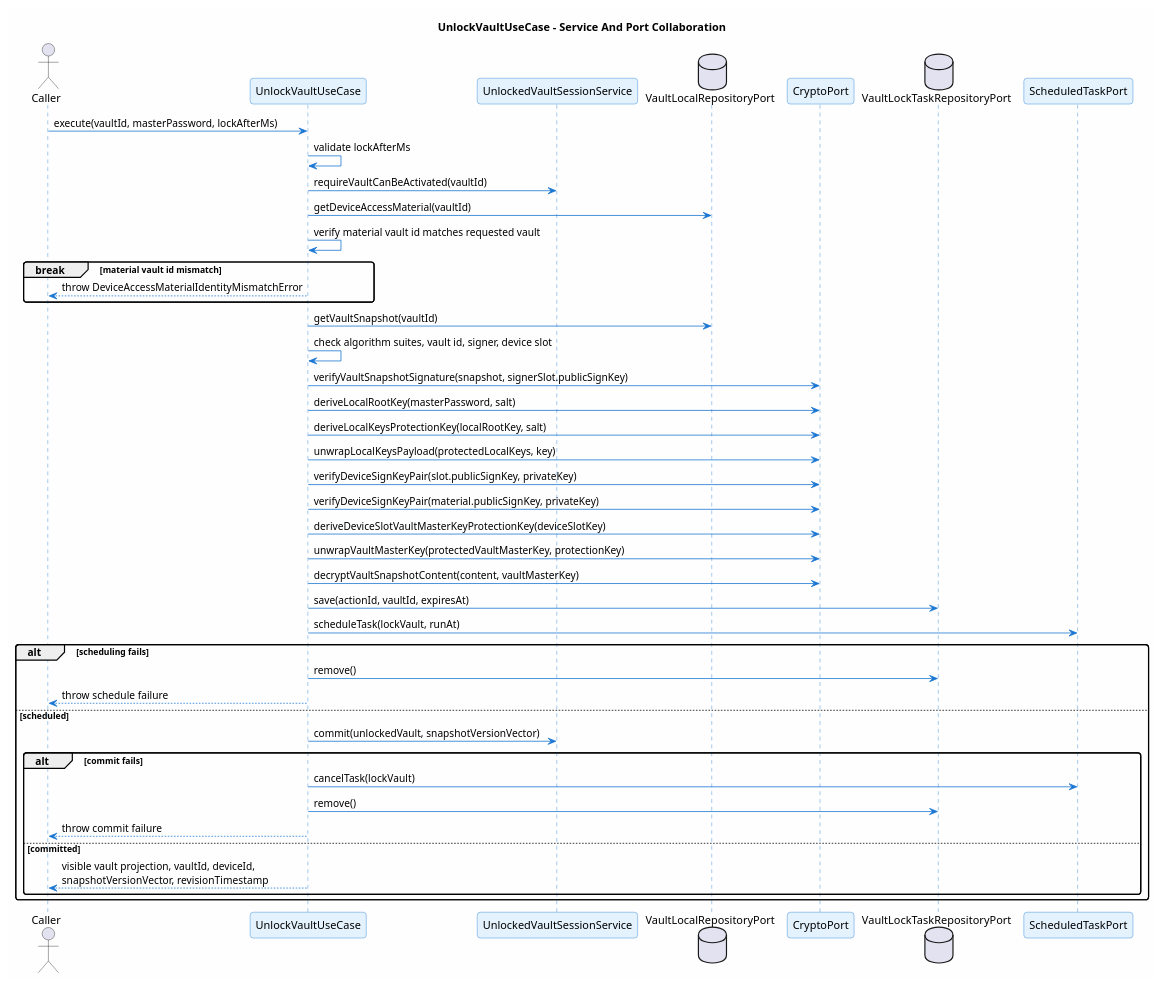
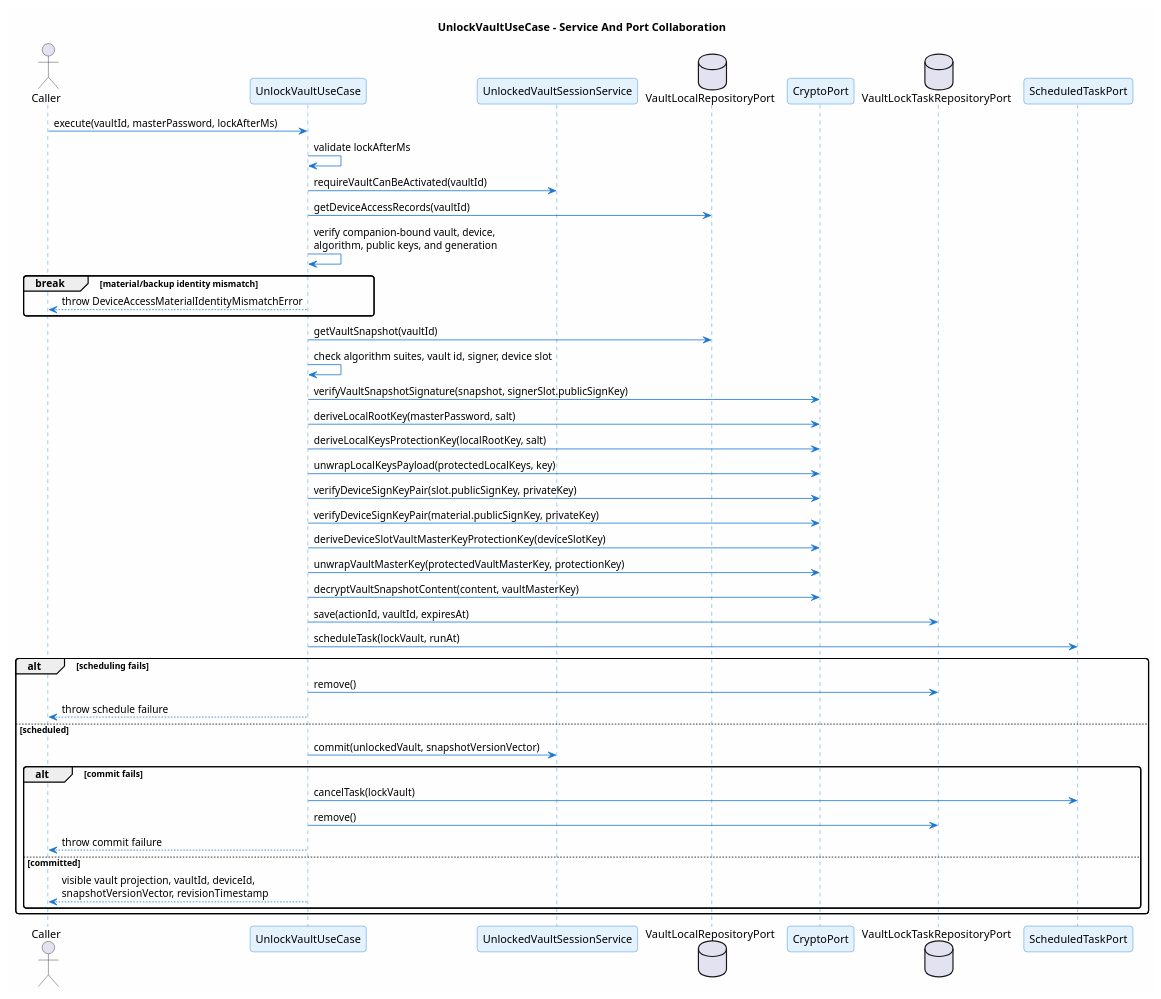
One commit to ArionStudio/engr-serverless-pm changed the diagram in docs/v1/use-case/vault-lifecycle/unlock-vault.sequence.puml. Above: the diagram before and after it, drawn with PlantUML. The commit also changed 25 other files, not shown here.

Commit message:
fix(core): bind device access records atomically

```diff
--- a/docs/v1/use-case/vault-lifecycle/unlock-vault.sequence.puml
+++ b/docs/v1/use-case/vault-lifecycle/unlock-vault.sequence.puml
@@ -1,57 +1,57 @@
 @startuml unlock-vault-sequence
 title UnlockVaultUseCase - Service And Port Collaboration
 
 skinparam backgroundColor #FEFEFE
 skinparam roundcorner 8
 skinparam shadowing false
 skinparam sequence {
   ArrowColor #1976D2
   LifeLineBorderColor #1976D2
   ParticipantBackgroundColor #E3F2FD
   ParticipantBorderColor #1976D2
 }
 
 actor Caller
 participant "UnlockVaultUseCase" as UC
 participant "UnlockedVaultSessionService" as Session
 database "VaultLocalRepositoryPort" as LocalRepo
 participant "CryptoPort" as Crypto
 database "VaultLockTaskRepositoryPort" as LockRepo
 participant "ScheduledTaskPort" as Tasks
 
 Caller -> UC : execute(vaultId, masterPassword, lockAfterMs)
 UC -> UC : validate lockAfterMs
 UC -> Session : requireVaultCanBeActivated(vaultId)
-UC -> LocalRepo : getDeviceAccessMaterial(vaultId)
-UC -> UC : verify material vault id matches requested vault
-break material vault id mismatch
+UC -> LocalRepo : getDeviceAccessRecords(vaultId)
+UC -> UC : verify companion-bound vault, device,\nalgorithm, public keys, and generation
+break material/backup identity mismatch
   UC --> Caller : throw DeviceAccessMaterialIdentityMismatchError
 end
 UC -> LocalRepo : getVaultSnapshot(vaultId)
 UC -> UC : check algorithm suites, vault id, signer, device slot
 UC -> Crypto : verifyVaultSnapshotSignature(snapshot, signerSlot.publicSignKey)
 UC -> Crypto : deriveLocalRootKey(masterPassword, salt)
 UC -> Crypto : deriveLocalKeysProtectionKey(localRootKey, salt)
 UC -> Crypto : unwrapLocalKeysPayload(protectedLocalKeys, key)
 UC -> Crypto : verifyDeviceSignKeyPair(slot.publicSignKey, privateKey)
 UC -> Crypto : verifyDeviceSignKeyPair(material.publicSignKey, privateKey)
 UC -> Crypto : deriveDeviceSlotVaultMasterKeyProtectionKey(deviceSlotKey)
 UC -> Crypto : unwrapVaultMasterKey(protectedVaultMasterKey, protectionKey)
 UC -> Crypto : decryptVaultSnapshotContent(content, vaultMasterKey)
 UC -> LockRepo : save(actionId, vaultId, expiresAt)
 UC -> Tasks : scheduleTask(lockVault, runAt)
 alt scheduling fails
   UC -> LockRepo : remove()
   UC --> Caller : throw schedule failure
 else scheduled
   UC -> Session : commit(unlockedVault, snapshotVersionVector)
   alt commit fails
     UC -> Tasks : cancelTask(lockVault)
     UC -> LockRepo : remove()
     UC --> Caller : throw commit failure
   else committed
     UC --> Caller : visible vault projection, vaultId, deviceId,\nsnapshotVersionVector, revisionTimestamp
   end
 end
 
 @enduml
```
